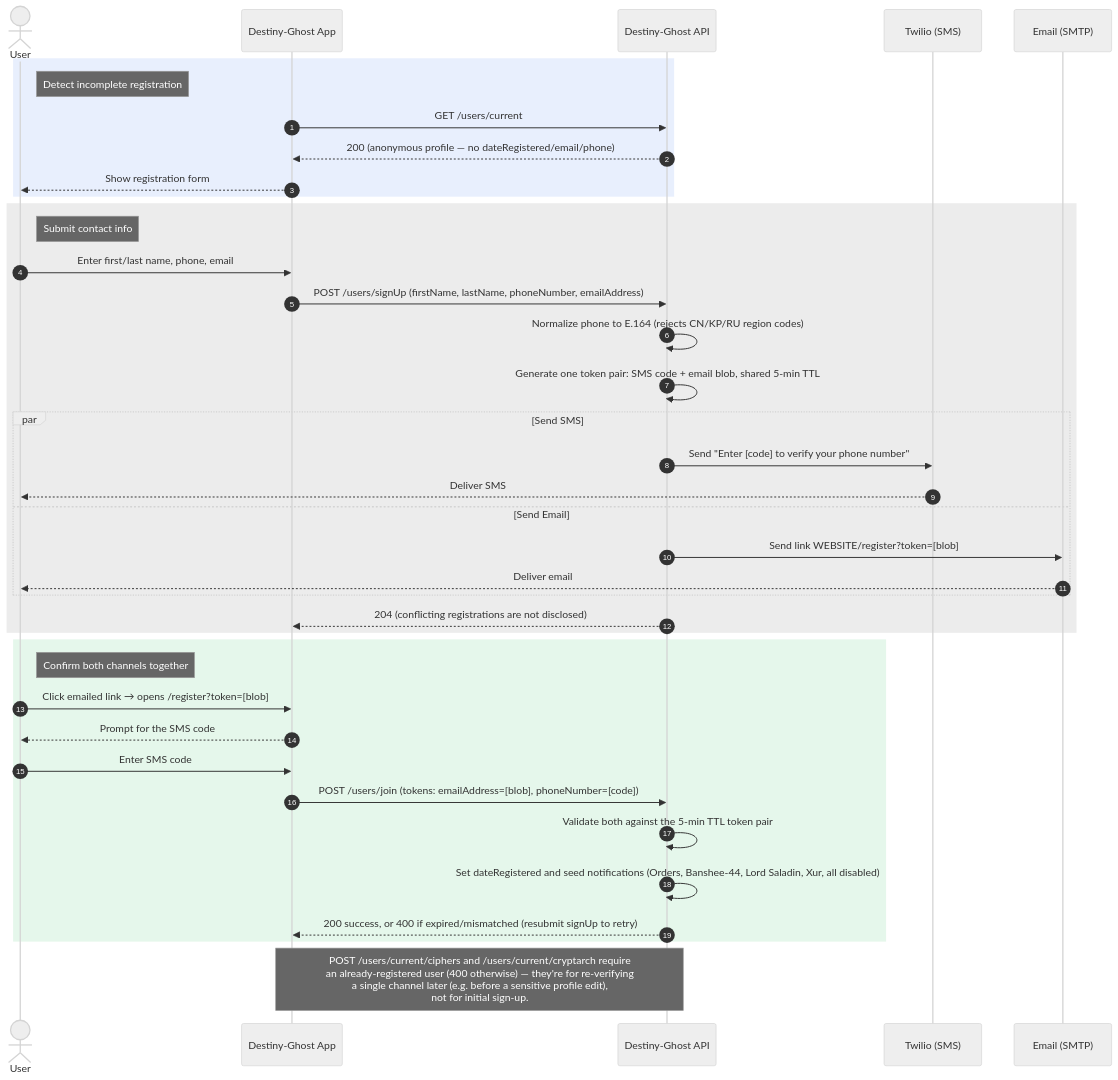
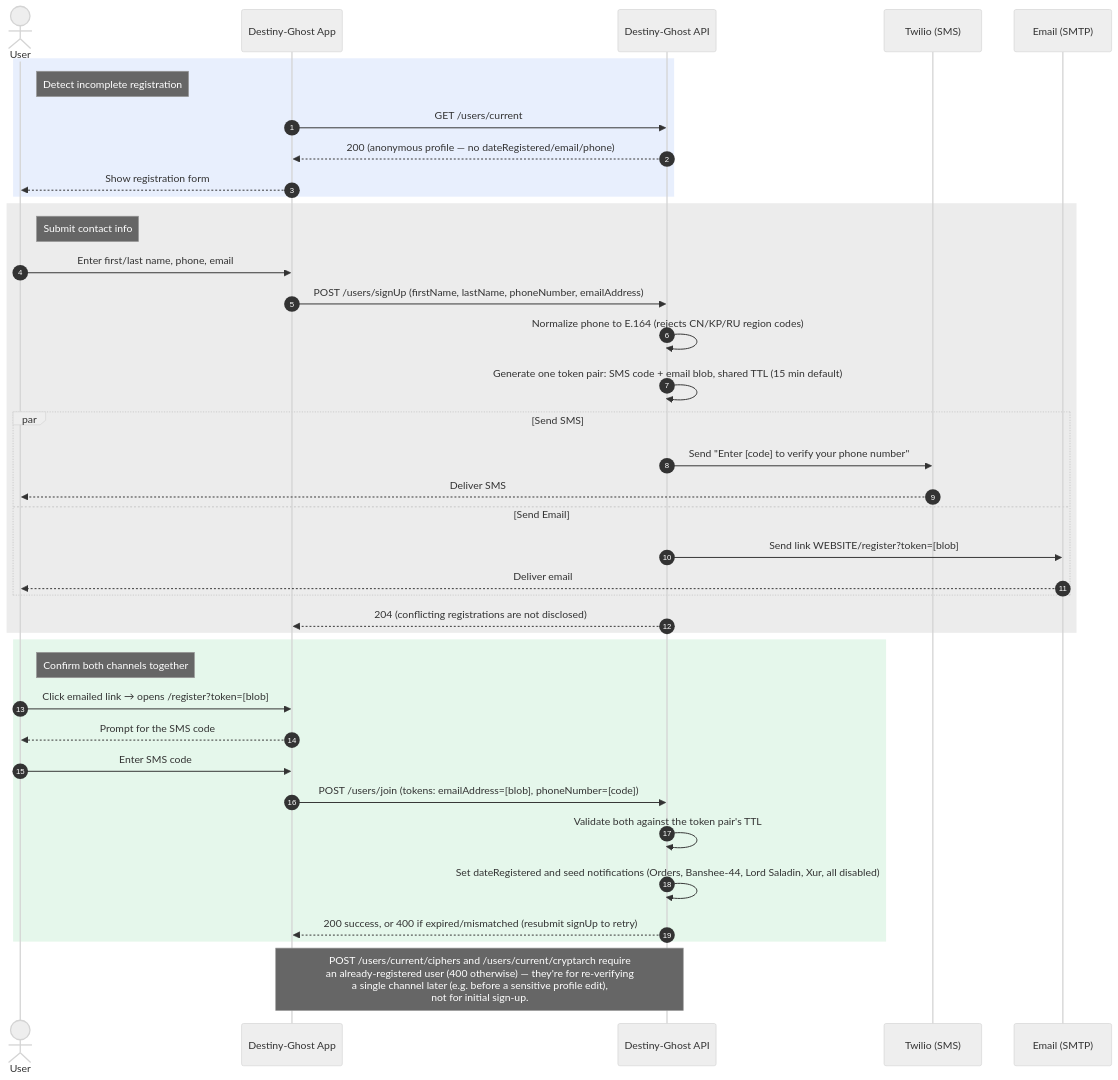
One commit to chrispaskvan/destiny-ghost-api changed the second of 3 diagrams in DIAGRAM.md. Above: the diagram before and after it, drawn with Mermaid (neutral theme). The commit also changed other lines of this file and 5 other files, not shown here.

First line of the commit message:
feat(users): make the verification token TTL configurable, default 15 minutes (#571)

````diff
--- a/DIAGRAM.md
+++ b/DIAGRAM.md
@@ -47,45 +47,45 @@
 ```mermaid
 sequenceDiagram
     autonumber
     actor User
     participant WebApp as Destiny-Ghost App
     participant API as Destiny-Ghost API
     participant SMS as Twilio (SMS)
     participant Email as Email (SMTP)
 
     rect rgba(100, 150, 240, 0.15)
         note right of User: Detect incomplete registration
         WebApp->>API: GET /users/current
         API-->>WebApp: 200 (anonymous profile — no dateRegistered/email/phone)
         WebApp-->>User: Show registration form
     end
 
     rect rgba(128, 128, 128, 0.15)
         note right of User: Submit contact info
         User->>WebApp: Enter first/last name, phone, email
         WebApp->>API: POST /users/signUp (firstName, lastName, phoneNumber, emailAddress)
         API->>API: Normalize phone to E.164 (rejects CN/KP/RU region codes)
-        API->>API: Generate one token pair: SMS code + email blob, shared 5-min TTL
+        API->>API: Generate one token pair: SMS code + email blob, shared TTL (15 min default)
         par Send SMS
             API->>SMS: Send "Enter [code] to verify your phone number"
             SMS-->>User: Deliver SMS
         and Send Email
             API->>Email: Send link WEBSITE/register?token=[blob]
             Email-->>User: Deliver email
         end
         API-->>WebApp: 204 (conflicting registrations are not disclosed)
     end
 
     rect rgba(80, 200, 120, 0.15)
         note right of User: Confirm both channels together
         User->>WebApp: Click emailed link → opens /register?token=[blob]
         WebApp-->>User: Prompt for the SMS code
         User->>WebApp: Enter SMS code
         WebApp->>API: POST /users/join (tokens: emailAddress=[blob], phoneNumber=[code])
-        API->>API: Validate both against the 5-min TTL token pair
+        API->>API: Validate both against the token pair's TTL
         API->>API: Set dateRegistered and seed notifications (Orders, Banshee-44, Lord Saladin, Xur, all disabled)
         API-->>WebApp: 200 success, or 400 if expired/mismatched (resubmit signUp to retry)
     end
 
     note over WebApp,API: POST /users/current/ciphers and /users/current/cryptarch require<br/>an already-registered user (400 otherwise) — they're for re-verifying<br/>a single channel later (e.g. before a sensitive profile edit),<br/>not for initial sign-up.
 ```
````
